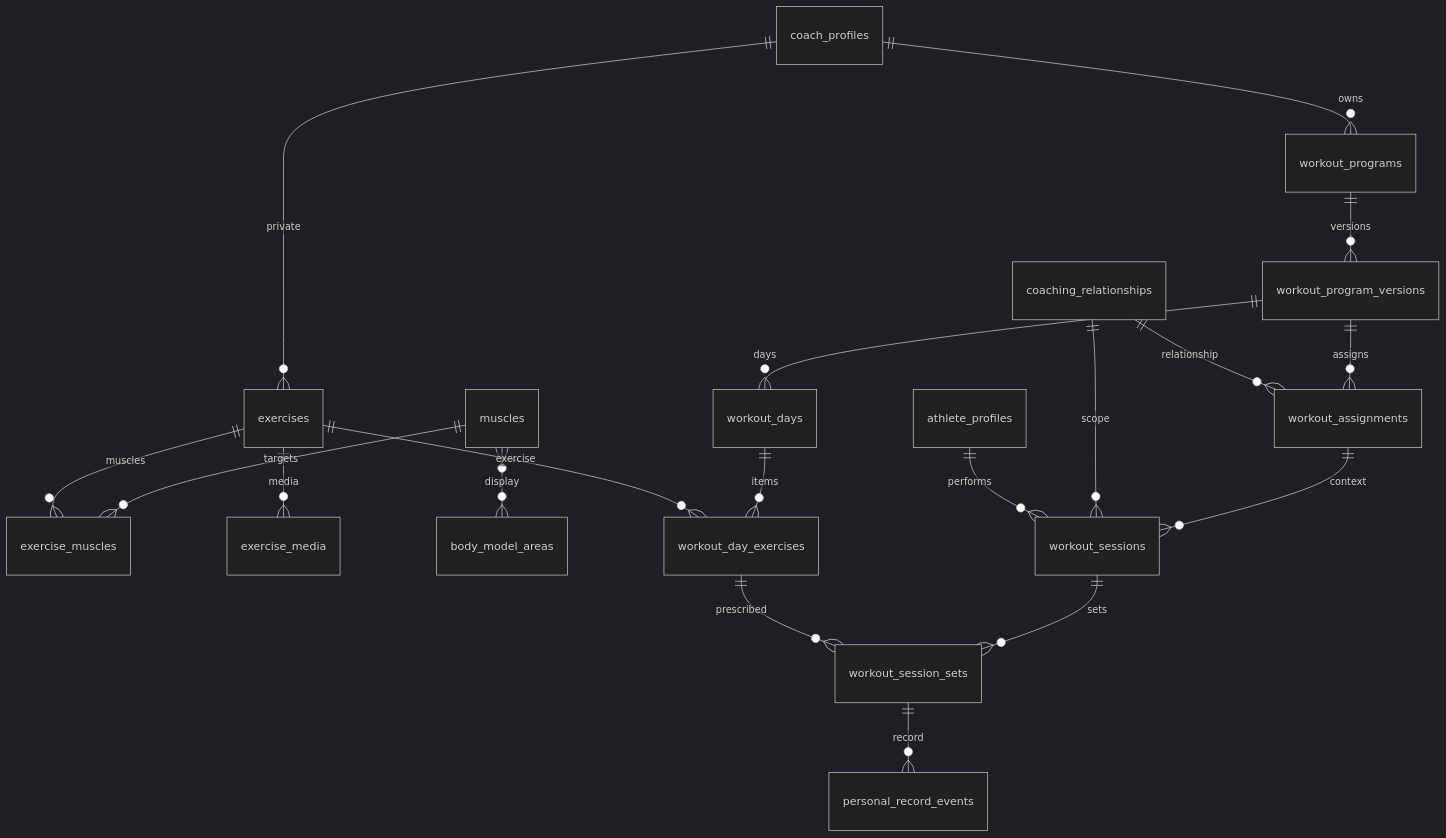
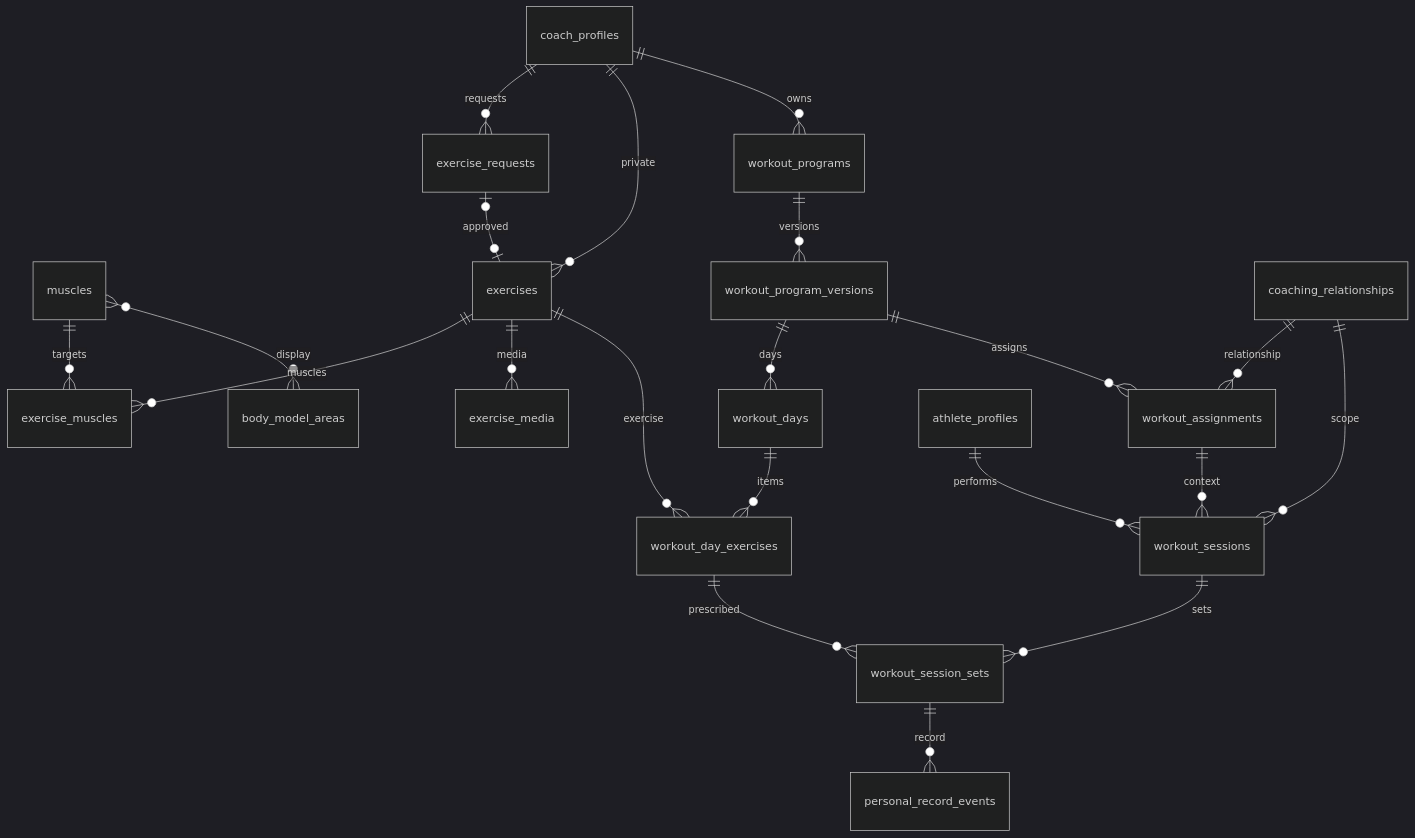
Before and after one commit to shayanSahrayi/fito-back-end: the fourth of 6 diagrams in docs/product/03-erd.md, drawn with Mermaid (dark theme). The commit also changed other lines of this file and 79 other files, not shown here.

````diff
--- a/docs/product/03-erd.md
+++ b/docs/product/03-erd.md
@@ -50,21 +50,23 @@
 ```mermaid
 erDiagram
     muscles ||--o{ exercise_muscles : targets
     exercises ||--o{ exercise_muscles : muscles
     exercises ||--o{ exercise_media : media
+    coach_profiles ||--o{ exercise_requests : requests
+    exercise_requests |o--o| exercises : approved
     muscles }o--o{ body_model_areas : display
     coach_profiles ||--o{ exercises : private
     coach_profiles ||--o{ workout_programs : owns
     workout_programs ||--o{ workout_program_versions : versions
     workout_program_versions ||--o{ workout_days : days
     workout_days ||--o{ workout_day_exercises : items
     exercises ||--o{ workout_day_exercises : exercise
     workout_program_versions ||--o{ workout_assignments : assigns
     coaching_relationships ||--o{ workout_assignments : relationship
     workout_assignments ||--o{ workout_sessions : context
     coaching_relationships ||--o{ workout_sessions : scope
     athlete_profiles ||--o{ workout_sessions : performs
     workout_sessions ||--o{ workout_session_sets : sets
     workout_day_exercises ||--o{ workout_session_sets : prescribed
     workout_session_sets ||--o{ personal_record_events : record
 ```
````
